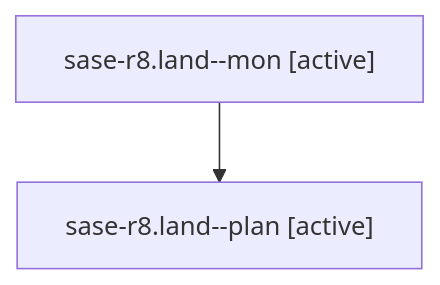
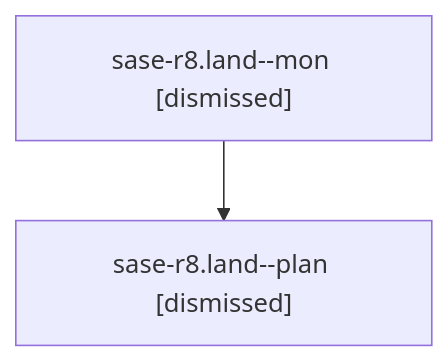
Before and after one commit to sase-org/sase--agents: the diagram in sessions/bbugyi200.athena.sase-r8.land.md, drawn with Mermaid. The commit also changed other lines of this file and 159 other files, not shown here.

````diff
--- a/sessions/bbugyi200.athena.sase-r8.land.md
+++ b/sessions/bbugyi200.athena.sase-r8.land.md
@@ -9,6 +9,6 @@
 ```mermaid
 flowchart TD
-  n0["sase-r8.land--mon [active]"]
-  n1["sase-r8.land--plan [active]"]
+  n0["sase-r8.land--mon [dismissed]"]
+  n1["sase-r8.land--plan [dismissed]"]
   n0 --> n1
 ```
````
